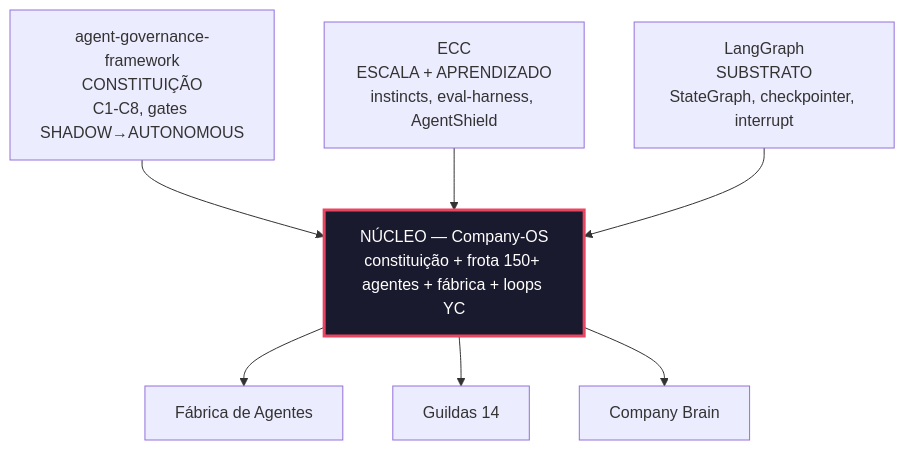
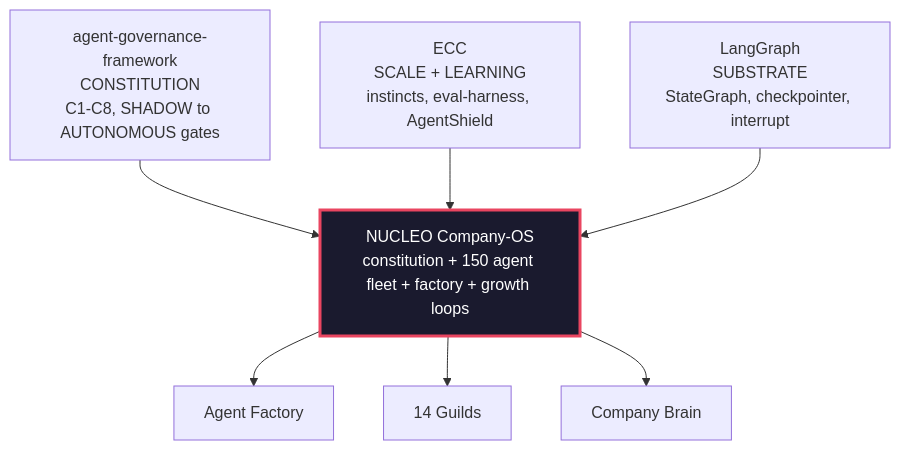
Before and after one commit to rafaelnovaes22/multi-agent-company-os: the diagram in README.md, drawn with Mermaid. The commit also changed other lines of this file and 1 other file, not shown here.

````diff
--- a/README.md
+++ b/README.md
@@ -36,10 +40,10 @@
 ```mermaid
 graph TD
-    A[agent-governance-framework<br/>CONSTITUIÇÃO<br/>C1-C8, gates SHADOW→AUTONOMOUS] --> D[NÚCLEO — Company-OS<br/>constituição + frota 150+ agentes + fábrica + loops YC]
-    B[ECC<br/>ESCALA + APRENDIZADO<br/>instincts, eval-harness, AgentShield] --> D
-    C[LangGraph<br/>SUBSTRATO<br/>StateGraph, checkpointer, interrupt] --> D
-    D --> E[Fábrica de Agentes]
-    D --> F[Guildas 14]
+    A[agent-governance-framework<br/>CONSTITUTION<br/>C1-C8, SHADOW to AUTONOMOUS gates] --> D[NUCLEO Company-OS<br/>constitution + 150 agent fleet + factory + growth loops]
+    B[ECC<br/>SCALE + LEARNING<br/>instincts, eval-harness, AgentShield] --> D
+    C[LangGraph<br/>SUBSTRATE<br/>StateGraph, checkpointer, interrupt] --> D
+    D --> E[Agent Factory]
+    D --> F[14 Guilds]
     D --> G[Company Brain]
     style D fill:#1a1a2e,stroke:#e94560,stroke-width:3px,color:#fff
 ```
````
